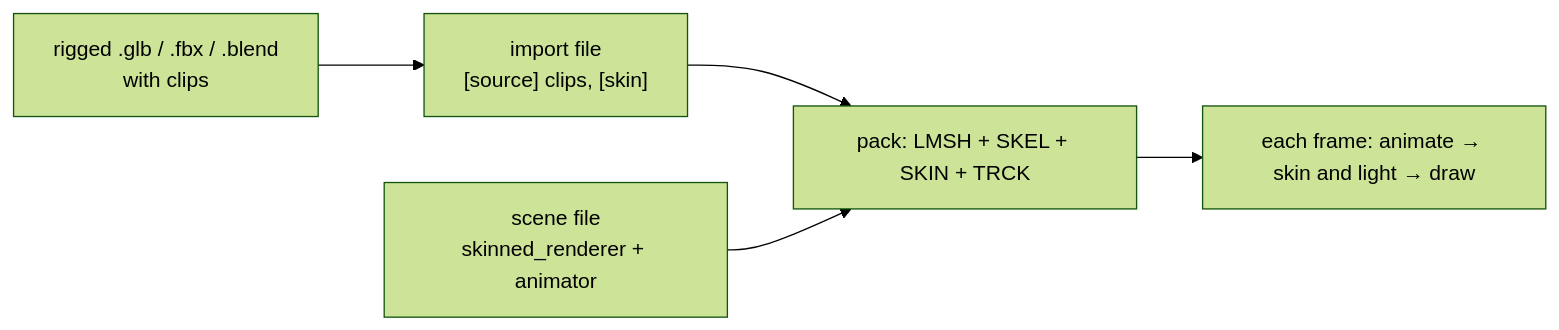
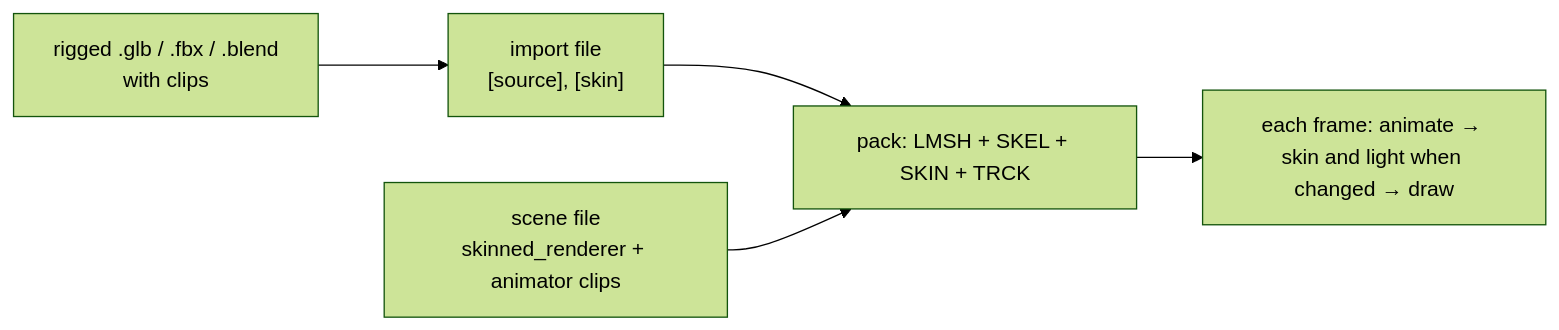
One commit to jose-villegas/autana changed the diagram in docs/render/Skinned-Meshes.md. Above: the diagram before and after it, drawn with Mermaid (forest theme). The commit also changed other lines of this file and 3 other files, not shown here.

First line of the commit message:
docs: correct the skinned-mesh guide's import and budget facts

````diff
--- a/docs/render/Skinned-Meshes.md
+++ b/docs/render/Skinned-Meshes.md
@@ -11,7 +11,7 @@
 ```mermaid
 flowchart LR
-    Src["rigged .glb / .fbx / .blend<br/>with clips"] --> Import["import file<br/>[source] clips, [skin]"]
+    Src["rigged .glb / .fbx / .blend<br/>with clips"] --> Import["import file<br/>[source], [skin]"]
     Import --> Pack["pack: LMSH + SKEL + SKIN + TRCK"]
-    Scene["scene file<br/>skinned_renderer + animator"] --> Pack
-    Pack --> Frame["each frame: animate → skin and light → draw"]
+    Scene["scene file<br/>skinned_renderer + animator clips"] --> Pack
+    Pack --> Frame["each frame: animate → skin and light when changed → draw"]
 ```
````
